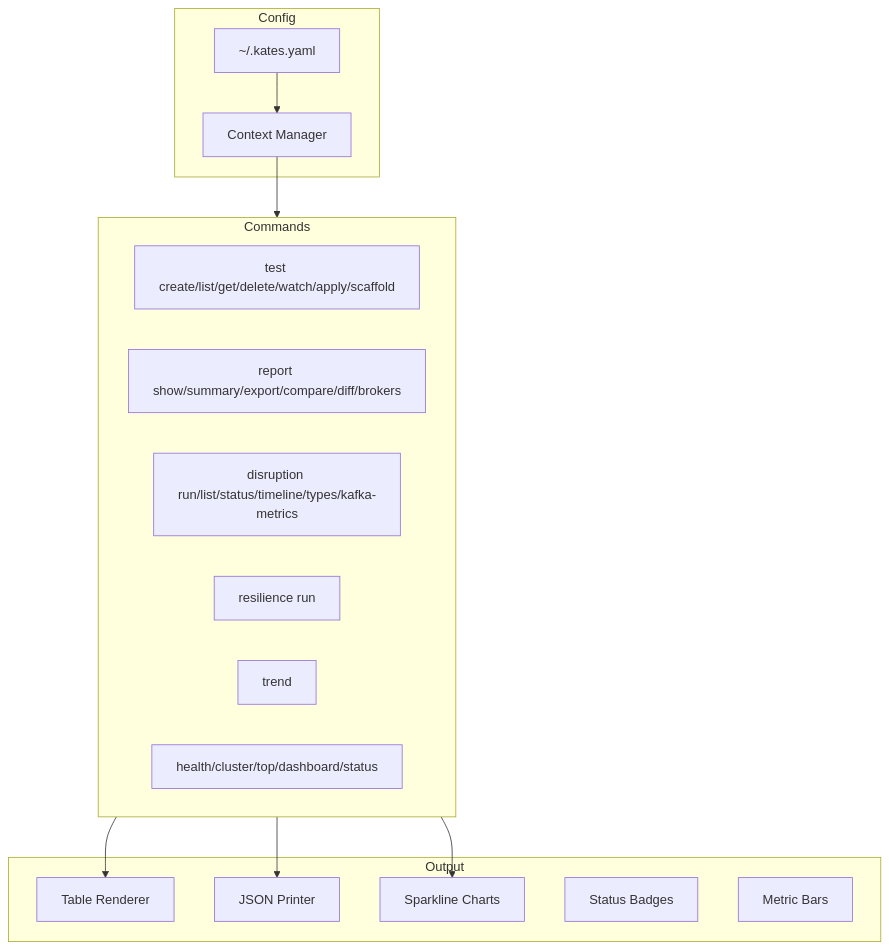
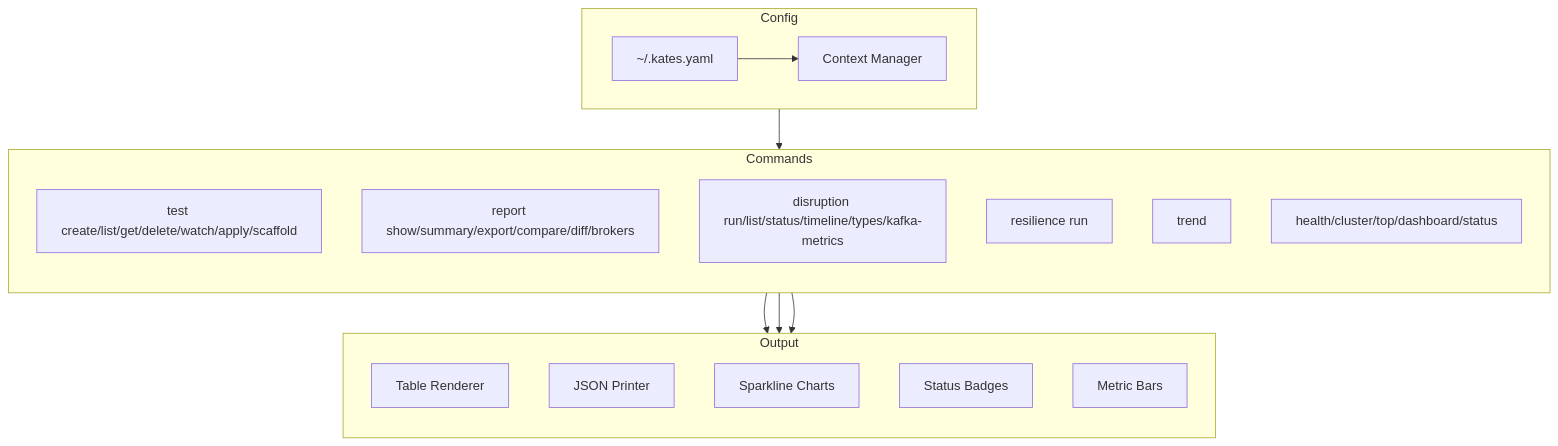
One commit to actions-marketplace-validations/bmscomp_kates changed the fifth of 8 diagrams in docs/book/02-architecture.md. Above: the diagram before and after it, drawn with Mermaid. The commit also changed other lines of this file and 27 other files, not shown here.

````diff
--- a/docs/book/02-architecture.md
+++ b/docs/book/02-architecture.md
@@ -236,30 +248,36 @@
 ```mermaid
+%%| label: fig-architecture-cli
+%%| fig-cap: "The CLI resolves target cluster credentials through the context manager before dispatching command groups and formatting output for terminals or scripts."
+%%| fig-alt: "Top-down flowchart in three groups: Config (~/.kates.yaml feeding Context Manager), Commands (test, report, disruption, resilience, trend, and health/cluster/top/dashboard/status), and Output (Table Renderer, JSON Printer, Sparkline Charts, Status Badges, and Metric Bars). Context Manager feeds Commands, which route results to the Output renderers."
 graph TD
     subgraph Config
+        direction LR
         CTX[~/.kates.yaml]
         CTXM[Context Manager]
     end
     
     subgraph Commands
+        direction TB
         TEST[test create/list/get/delete/watch/apply/scaffold]
         REPORT[report show/summary/export/compare/diff/brokers]
         DISRUPT[disruption run/list/status/timeline/types/kafka-metrics]
         RESIL[resilience run]
         TREND[trend]
         OPS[health/cluster/top/dashboard/status]
     end
     
     subgraph Output
+        direction TB
         TABLE[Table Renderer]
         JSON[JSON Printer]
         SPARK[Sparkline Charts]
         BADGE[Status Badges]
         BAR[Metric Bars]
     end
     
     CTX --> CTXM
     CTXM --> Commands
     Commands --> TABLE
     Commands --> JSON
     Commands --> SPARK
 ```
````
